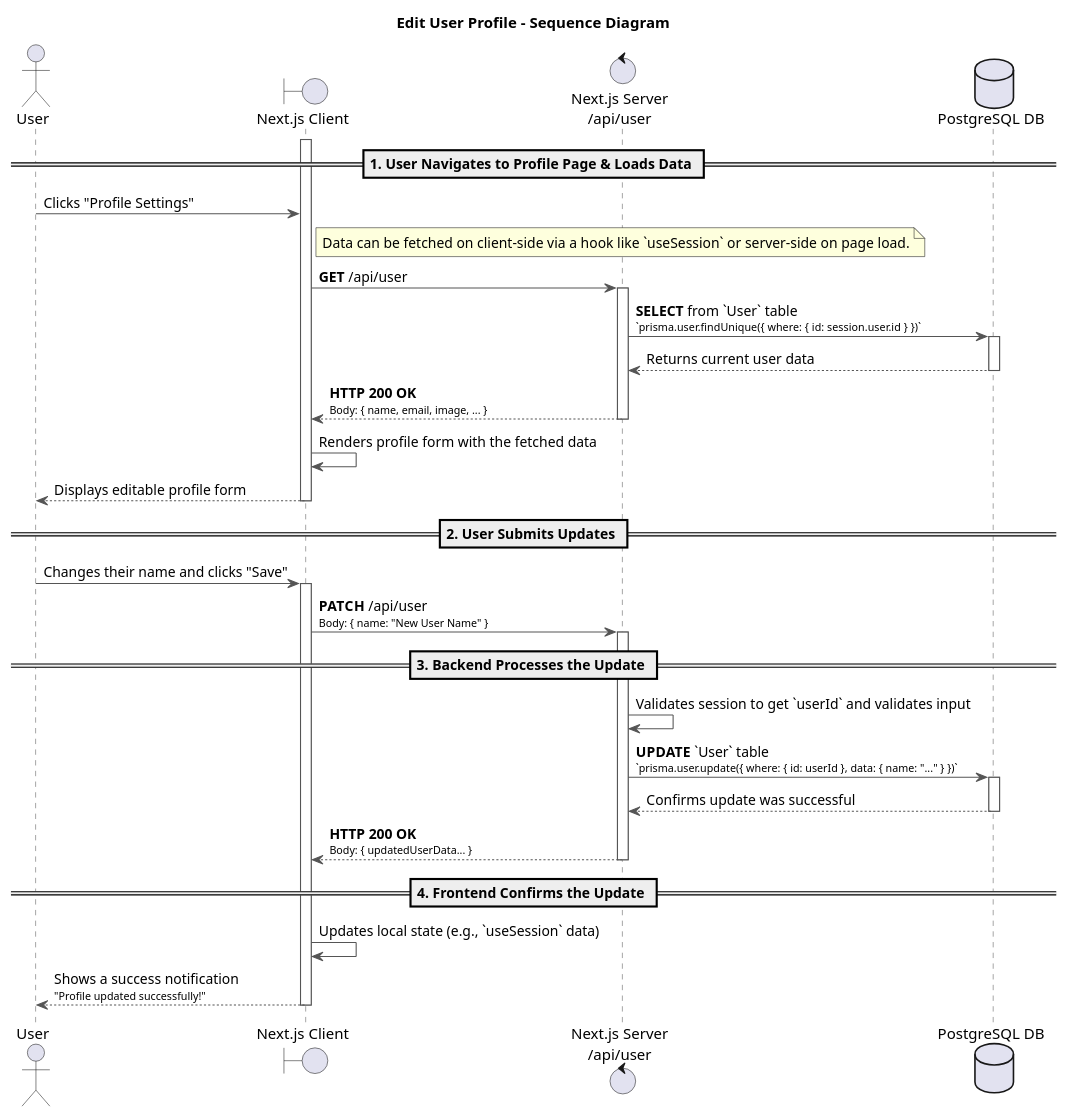
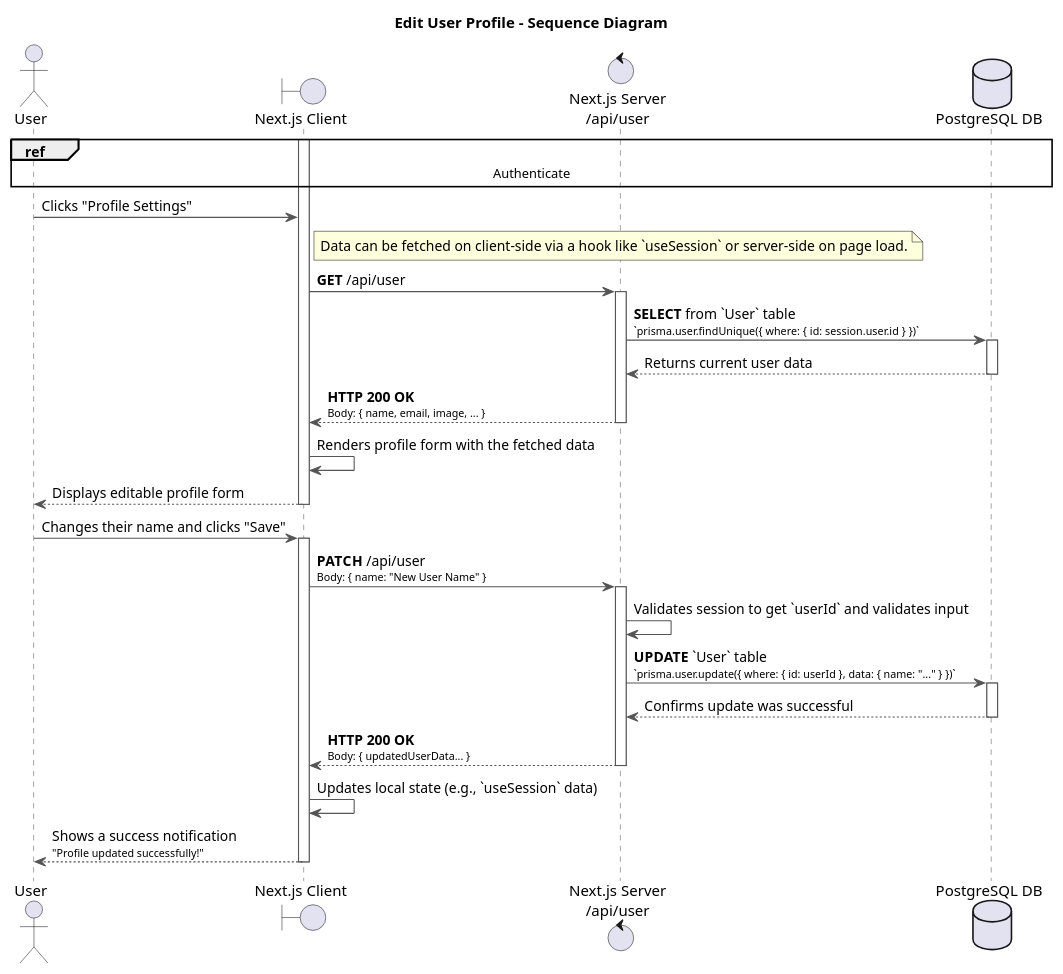
One commit to souhaib-askri/report_pfe changed the diagram in conception/SprintV/sequence_diagrams/sequence_profileManagement_7_1_EditUserProfile.puml. Above: the diagram before and after it, drawn with PlantUML. The commit also changed 62 other files, not shown here.

```diff
--- a/conception/SprintV/sequence_diagrams/sequence_profileManagement_7_1_EditUserProfile.puml
+++ b/conception/SprintV/sequence_diagrams/sequence_profileManagement_7_1_EditUserProfile.puml
@@ -1,59 +1,56 @@
 @startuml
 title Edit User Profile - Sequence Diagram
 
 actor User
 boundary "Next.js Client" as Client
 control "Next.js Server\n/api/user" as Server
 database "PostgreSQL DB" as DB
 
 skinparam sequence {
     ArrowColor #555
     ActorBorderColor #555
     LifeLineBorderColor #555
     ParticipantBorderColor #007bff
     DatabaseBorderColor #d9534f
     ControlBorderColor #5cb85c
     BoundaryBorderColor #f0ad4e
 }
+ref over User, DB: Authenticate
 
-== 1. User Navigates to Profile Page & Loads Data ==
 activate Client
 User -> Client: Clicks "Profile Settings"
 note right of Client: Data can be fetched on client-side via a hook like `useSession` or server-side on page load.
 Client -> Server: **GET** /api/user
 activate Server
 
 Server -> DB: **SELECT** from `User` table\n<font size=10>`prisma.user.findUnique({ where: { id: session.user.id } })`</font>
 activate DB
 DB --> Server: Returns current user data
 deactivate DB
 
 Server --> Client: **HTTP 200 OK**\n<font size=10>Body: { name, email, image, ... }</font>
 deactivate Server
 
 Client -> Client: Renders profile form with the fetched data
 Client --> User: Displays editable profile form
 deactivate Client
 
-== 2. User Submits Updates ==
 User -> Client: Changes their name and clicks "Save"
 activate Client
 Client -> Server: **PATCH** /api/user\n<font size=10>Body: { name: "New User Name" }</font>
 activate Server
 
-== 3. Backend Processes the Update ==
 Server -> Server: Validates session to get `userId` and validates input
 Server -> DB: **UPDATE** `User` table\n<font size=10>`prisma.user.update({ where: { id: userId }, data: { name: "..." } })`</font>
 activate DB
 DB --> Server: Confirms update was successful
 deactivate DB
 
 Server --> Client: **HTTP 200 OK**\n<font size=10>Body: { updatedUserData... }</font>
 deactivate Server
 
-== 4. Frontend Confirms the Update ==
 Client -> Client: Updates local state (e.g., `useSession` data)
 Client --> User: Shows a success notification\n<font size=10>"Profile updated successfully!"</font>
 deactivate Client
 
 @enduml
```
